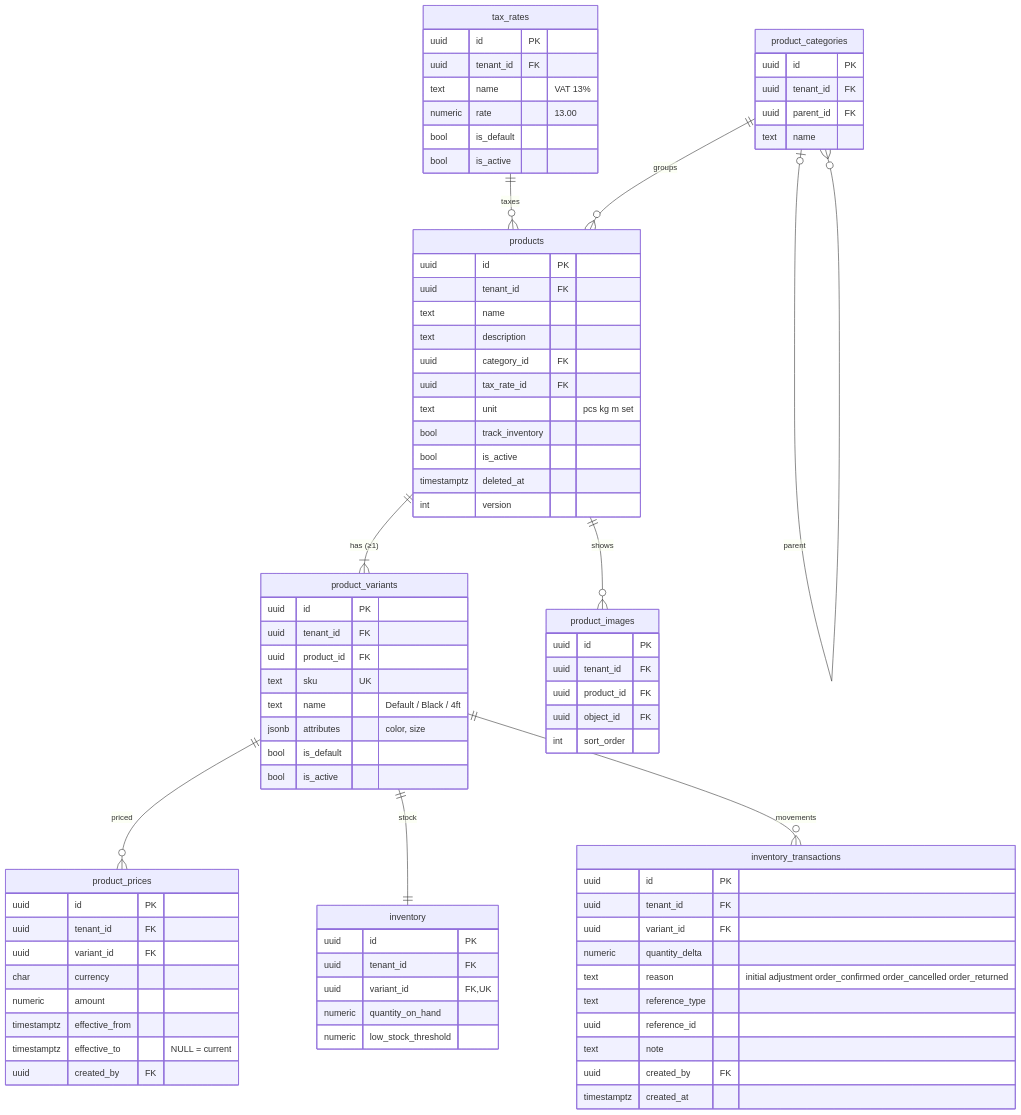
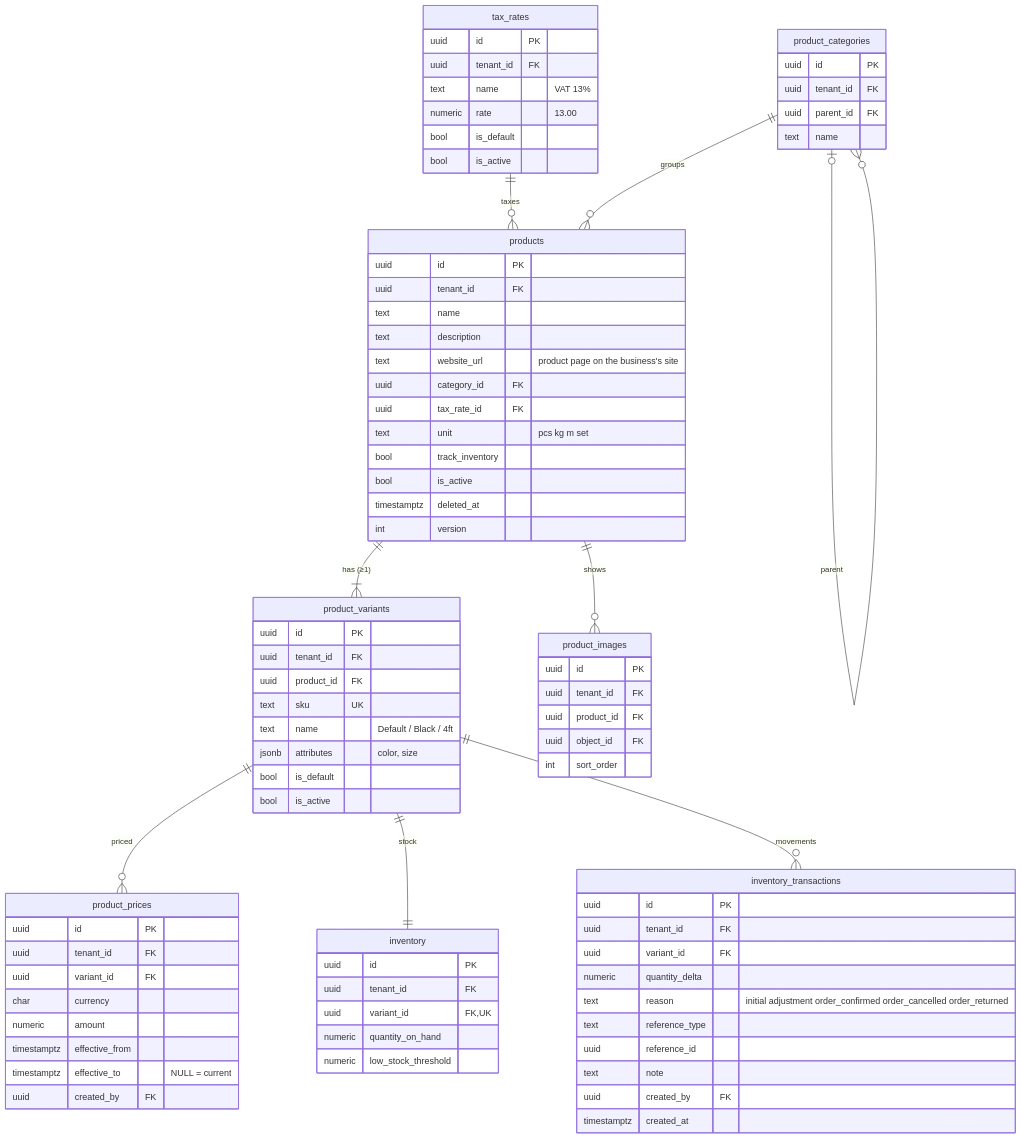
The eighth of 11 diagrams in docs/DATABASE.md (shree-geo/social-media), drawn with Mermaid before and after one commit. The commit also changed other lines of this file and 8 other files, not shown here.

```diff
--- a/docs/DATABASE.md
+++ b/docs/DATABASE.md
@@ -842,6 +842,7 @@
         uuid tenant_id FK
         text name
         text description
+        text website_url "product page on the business's site"
         uuid category_id FK
         uuid tax_rate_id FK
         text unit "pcs kg m set"
```
